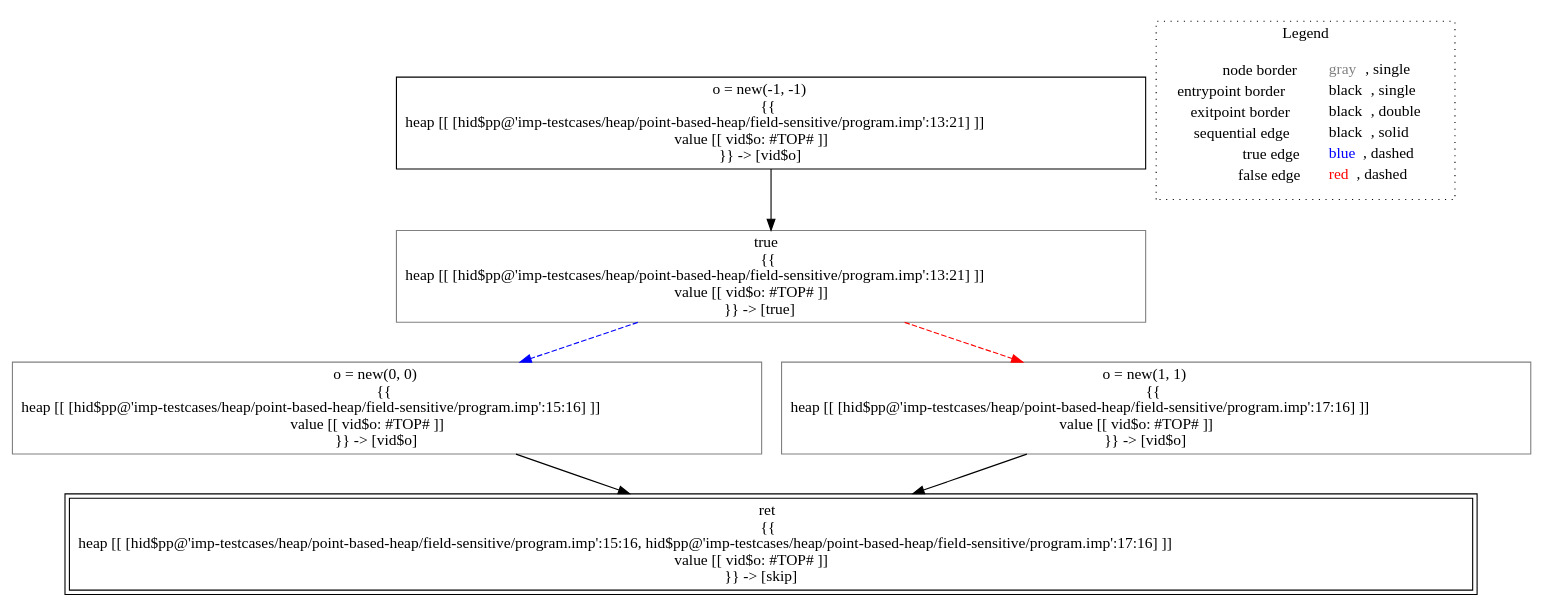
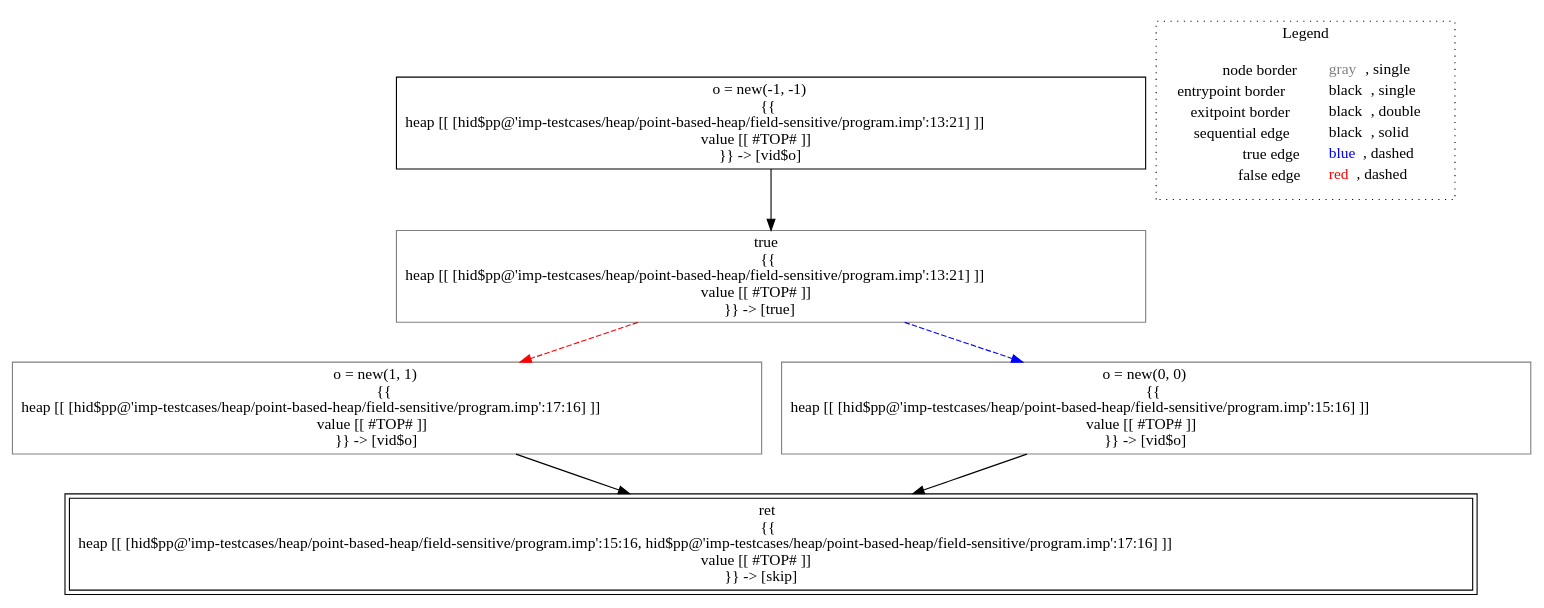
The diagram in lisa/imp-testcases/heap/point-based-heap/field-sensitive/analysis___untyped_A.f2(A_this).dot (lisa-analyzer/lisa), drawn with Graphviz before and after one commit. The commit also changed 15 other files, not shown here.

Commit message:
restored old point-based heap, canProcess method for non relational domains

```diff
--- a/lisa/imp-testcases/heap/point-based-heap/field-sensitive/analysis___untyped_A.f2(A_this).dot
+++ b/lisa/imp-testcases/heap/point-based-heap/field-sensitive/analysis___untyped_A.f2(A_this).dot
@@ -1,19 +1,19 @@
 digraph {
-	"node0" [shape="rect",color="black",label=<o = new(-1, -1)<BR/>{{<BR/>heap [[ [hid$pp@'imp-testcases/heap/point-based-heap/field-sensitive/program.imp':13:21] ]]<BR/>value [[ vid$o: #TOP# ]]<BR/>}} -&gt; [vid$o]>];
-	"node1" [shape="rect",color="gray",label=<o = new(0, 0)<BR/>{{<BR/>heap [[ [hid$pp@'imp-testcases/heap/point-based-heap/field-sensitive/program.imp':15:16] ]]<BR/>value [[ vid$o: #TOP# ]]<BR/>}} -&gt; [vid$o]>];
-	"node2" [shape="rect",color="gray",label=<o = new(1, 1)<BR/>{{<BR/>heap [[ [hid$pp@'imp-testcases/heap/point-based-heap/field-sensitive/program.imp':17:16] ]]<BR/>value [[ vid$o: #TOP# ]]<BR/>}} -&gt; [vid$o]>];
-	"node3" [shape="rect",color="black",peripheries="2",label=<ret<BR/>{{<BR/>heap [[ [hid$pp@'imp-testcases/heap/point-based-heap/field-sensitive/program.imp':15:16, hid$pp@'imp-testcases/heap/point-based-heap/field-sensitive/program.imp':17:16] ]]<BR/>value [[ vid$o: #TOP# ]]<BR/>}} -&gt; [skip]>];
-	"node4" [shape="rect",color="gray",label=<true<BR/>{{<BR/>heap [[ [hid$pp@'imp-testcases/heap/point-based-heap/field-sensitive/program.imp':13:21] ]]<BR/>value [[ vid$o: #TOP# ]]<BR/>}} -&gt; [true]>];
-	"node1" -> "node3" [color="black"];
-	"node0" -> "node4" [color="black"];
-	"node2" -> "node3" [color="black"];
-	"node4" -> "node1" [color="blue",style="dashed"];
-	"node4" -> "node2" [color="red",style="dashed"];
+	"node0" [shape="rect",color="black",label=<o = new(-1, -1)<BR/>{{<BR/>heap [[ [hid$pp@'imp-testcases/heap/point-based-heap/field-sensitive/program.imp':13:21] ]]<BR/>value [[ #TOP# ]]<BR/>}} -&gt; [vid$o]>];
+	"node1" [shape="rect",color="black",peripheries="2",label=<ret<BR/>{{<BR/>heap [[ [hid$pp@'imp-testcases/heap/point-based-heap/field-sensitive/program.imp':15:16, hid$pp@'imp-testcases/heap/point-based-heap/field-sensitive/program.imp':17:16] ]]<BR/>value [[ #TOP# ]]<BR/>}} -&gt; [skip]>];
+	"node2" [shape="rect",color="gray",label=<true<BR/>{{<BR/>heap [[ [hid$pp@'imp-testcases/heap/point-based-heap/field-sensitive/program.imp':13:21] ]]<BR/>value [[ #TOP# ]]<BR/>}} -&gt; [true]>];
+	"node3" [shape="rect",color="gray",label=<o = new(1, 1)<BR/>{{<BR/>heap [[ [hid$pp@'imp-testcases/heap/point-based-heap/field-sensitive/program.imp':17:16] ]]<BR/>value [[ #TOP# ]]<BR/>}} -&gt; [vid$o]>];
+	"node4" [shape="rect",color="gray",label=<o = new(0, 0)<BR/>{{<BR/>heap [[ [hid$pp@'imp-testcases/heap/point-based-heap/field-sensitive/program.imp':15:16] ]]<BR/>value [[ #TOP# ]]<BR/>}} -&gt; [vid$o]>];
+	"node2" -> "node3" [color="red",style="dashed"];
+	"node2" -> "node4" [color="blue",style="dashed"];
+	"node3" -> "node1" [color="black"];
+	"node0" -> "node2" [color="black"];
+	"node4" -> "node1" [color="black"];
 subgraph cluster_legend {
 	label="Legend";
 	style=dotted;
 	node [shape=plaintext];
 	"legend" [label=<<table border="0" cellpadding="2" cellspacing="0" cellborder="0"><tr><td align="right">node border&nbsp;</td><td align="left"><font color="gray">gray</font>, single</td></tr><tr><td align="right">entrypoint border&nbsp;</td><td align="left"><font color="black">black</font>, single</td></tr><tr><td align="right">exitpoint border&nbsp;</td><td align="left"><font color="black">black</font>, double</td></tr><tr><td align="right">sequential edge&nbsp;</td><td align="left"><font color="black">black</font>, solid</td></tr><tr><td align="right">true edge&nbsp;</td><td align="left"><font color="blue">blue</font>, dashed</td></tr><tr><td align="right">false edge&nbsp;</td><td align="left"><font color="red">red</font>, dashed</td></tr></table>>];
 }
 
 }
```
